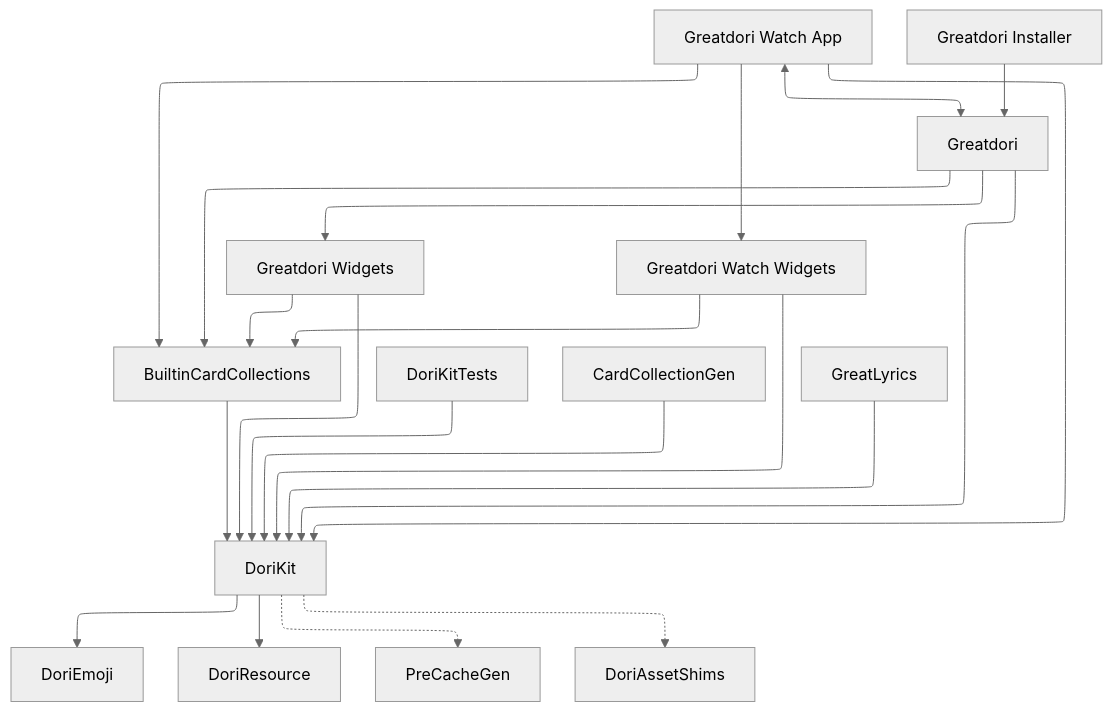
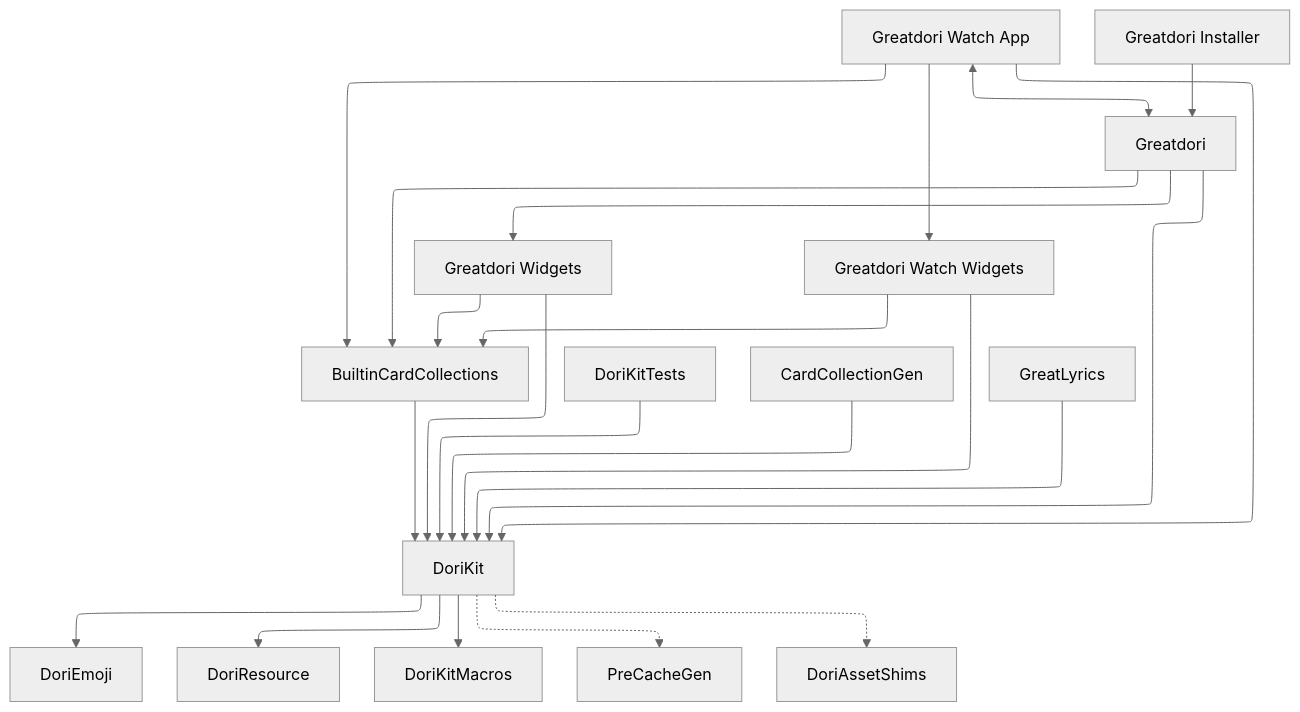
One commit to Greatdori/Greatdori changed the diagram in README.md. Above: the diagram before and after it, drawn with Mermaid (neutral theme). The commit also changed other lines of this file, not shown here.

````diff
--- a/README.md
+++ b/README.md
@@ -102,21 +127,22 @@
 ```mermaid
 ---
 config:
   layout: elk
 ---
 flowchart TD;
     GA["Greatdori"] --> DK["DoriKit"] & GW["Greatdori Widgets"] & BCC["BuiltinCardCollections"]
     GWA["Greatdori Watch App"] <--> GA
     GW --> DK & BCC
     GWA --> DK & BCC & GWW["Greatdori Watch Widgets"]
     GWW --> DK & BCC
     BCC --> DK
     DKT["DoriKitTests"] --> DK
     DK --> DE["DoriEmoji"]
     DK --> DR["DoriResource"]
+    DK --> DKM["DoriKitMacros"]
     DK -.-> PCG["PreCacheGen"]
     DK -.-> DAS["DoriAssetShims"]
     GI["Greatdori Installer"] --> GA
     CCG["CardCollectionGen"] --> DK
     GL["GreatLyrics"] --> DK
 ```
````
